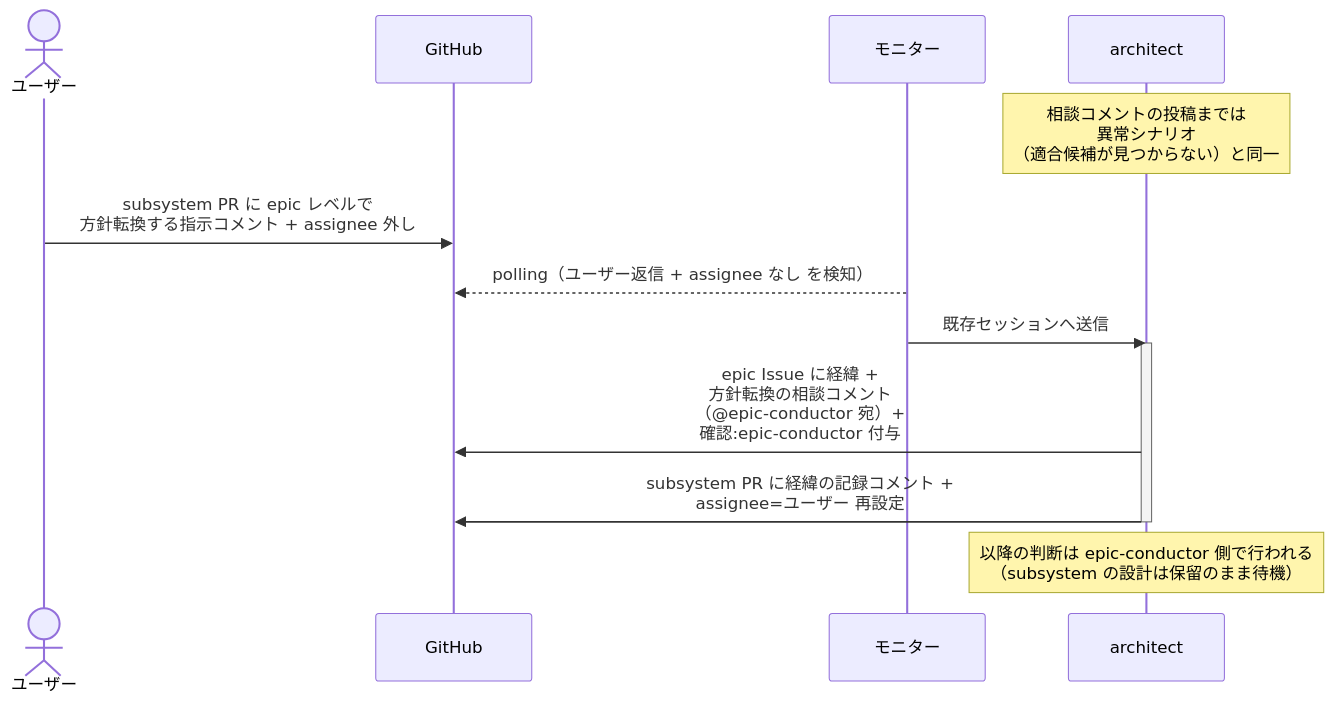
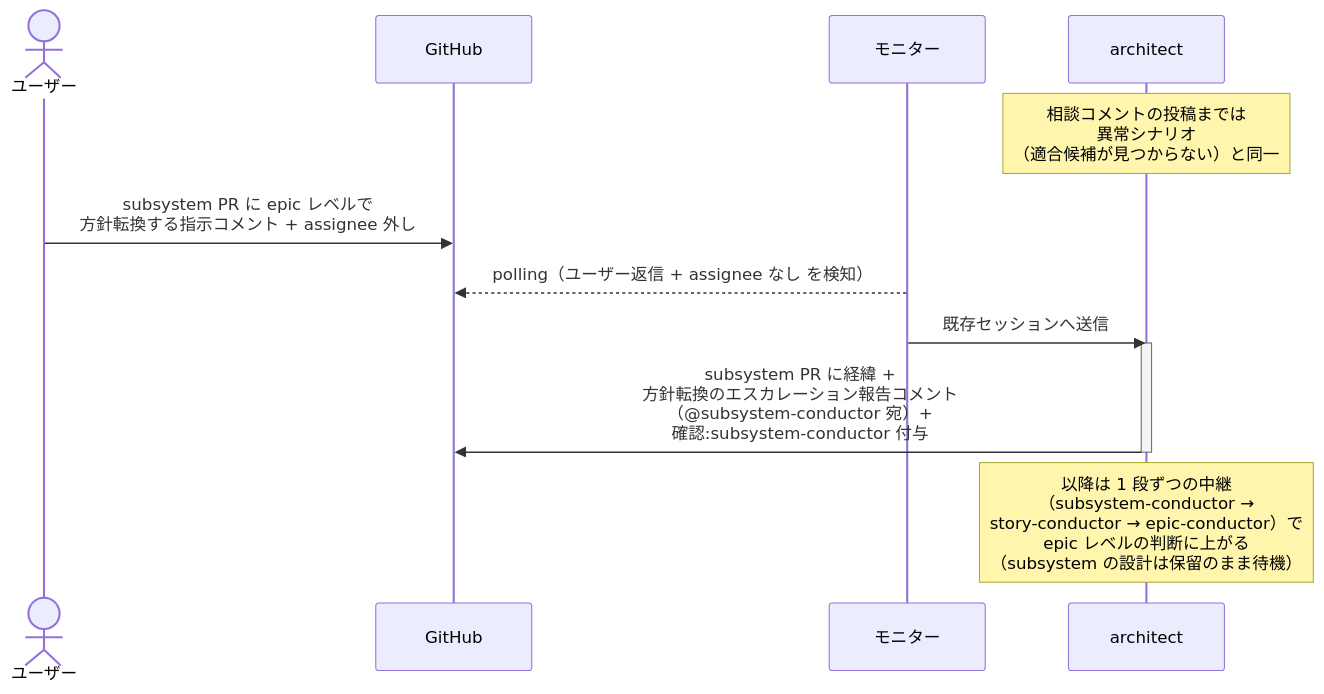
One commit to shuhei1101/ai-monitor changed the fifth of 5 diagrams in docs/wiki/設計図/シナリオ/単一ユースケース/ライブラリ選定.md. Above: the diagram before and after it, drawn with Mermaid. The commit also changed other lines of this file and 21 other files, not shown here.

````diff
--- a/docs/wiki/設計図/シナリオ/単一ユースケース/ライブラリ選定.md
+++ b/docs/wiki/設計図/シナリオ/単一ユースケース/ライブラリ選定.md
@@ -271,17 +271,16 @@
 ```mermaid
 sequenceDiagram
   actor U as ユーザー
   participant GH as GitHub
   participant ORC as モニター
   participant MON as architect
 
   Note over MON: 相談コメントの投稿までは<br>異常シナリオ<br>（適合候補が見つからない）と同一
   U->>GH: subsystem PR に epic レベルで<br>方針転換する指示コメント + assignee 外し
   ORC-->>GH: polling（ユーザー返信 + assignee なし を検知）
   ORC->>MON: 既存セッションへ送信
   activate MON
-  MON->>GH: epic Issue に経緯 +<br>方針転換の相談コメント<br>（@epic-conductor 宛）+<br>確認:epic-conductor 付与
-  MON->>GH: subsystem PR に経緯の記録コメント +<br>assignee=ユーザー 再設定
+  MON->>GH: subsystem PR に経緯 +<br>方針転換のエスカレーション報告コメント<br>（@subsystem-conductor 宛）+<br>確認:subsystem-conductor 付与
   deactivate MON
-  Note over MON: 以降の判断は epic-conductor 側で行われる<br>（subsystem の設計は保留のまま待機）
+  Note over MON: 以降は 1 段ずつの中継<br>（subsystem-conductor →<br>story-conductor → epic-conductor）で<br>epic レベルの判断に上がる<br>（subsystem の設計は保留のまま待機）
 ```
````
